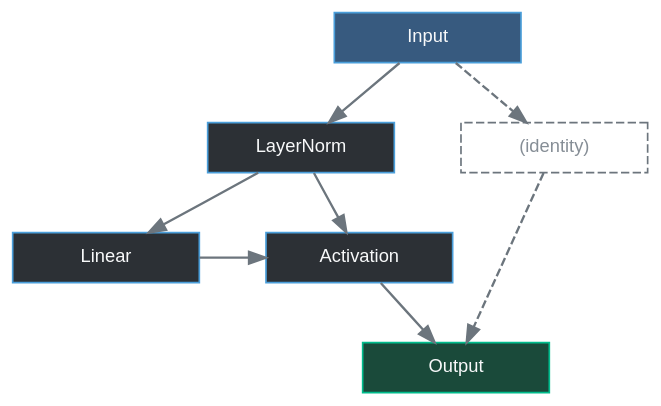
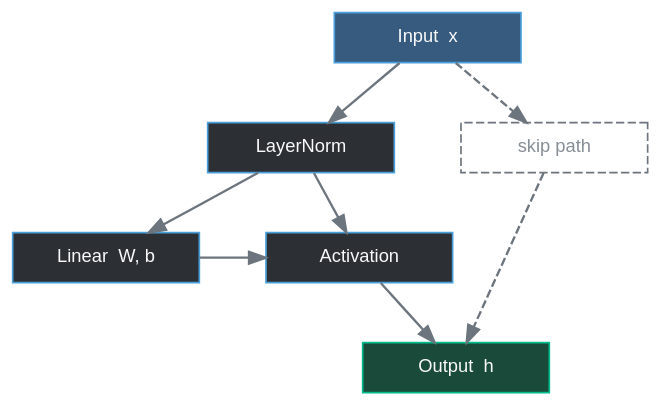
The diagram in docs/method/component_a.qmd (HongyuCao3/Pytorch-lightining-Hydra-Optuna-MLflow-Slurm-Project-Tempate-for-Scientific-Research), drawn with Graphviz before and after one commit. The commit also changed other lines of this file and 2 other files, not shown here.

First line of the commit message:
Docs: apply What/Why/How structure to method section

````diff
--- a/docs/method/component_a.qmd
+++ b/docs/method/component_a.qmd
@@ -46,38 +23,38 @@
 ```{dot}
-//| label: fig-comp-a-internals
-//| fig-cap: "Internal structure with skip connections"
-//| fig-width: 6.5
+//| label: fig-comp-a-overview
+//| fig-cap: "Component A: input contract, internal structure, and selection rationale"
+//| fig-width: 7
 //| fig-height: 3.5
 digraph G {
   bgcolor="transparent"
   rankdir=TB
   graph [ranksep=0.5, nodesep=0.55]
   node [style=filled, fillcolor="#2c3035", color="#4a9eda",
         fontcolor="#f8f9fa", fontname="Arial", fontsize=11,
         shape=box, width=1.55, height=0.42]
   edge [color="#6c757d", penwidth=1.4]
 
   subgraph row1 {
     rank=same
-    In [label="Input", fillcolor="#375a7f"]
+    In [label="Input  x", fillcolor="#375a7f"]
   }
   subgraph row2 {
     rank=same
-    Norm  [label="LayerNorm"]
-    Skip1 [label="(identity)", style="dashed", color="#6c757d", fontcolor="#868e96"]
+    LN    [label="LayerNorm"]
+    Skip  [label="skip path", style=dashed, color="#6c757d", fontcolor="#868e96"]
   }
   subgraph row3 {
     rank=same
-    Linear [label="Linear"]
-    Act    [label="Activation"]
+    Lin [label="Linear  W, b"]
+    Act [label="Activation"]
   }
   subgraph row4 {
     rank=same
-    Out [label="Output", fillcolor="#1a4a3a", color="#00bc8c"]
+    Out [label="Output  h", fillcolor="#1a4a3a", color="#00bc8c"]
   }
 
-  In -> Norm -> Linear -> Act -> Out
-  In -> Skip1 -> Out [style=dashed, color="#6c757d"]
-  Norm -> Act
+  In  -> LN  -> Lin -> Act -> Out
+  In  -> Skip -> Out [style=dashed, color="#6c757d"]
+  LN  -> Act
 }
 ```
````
